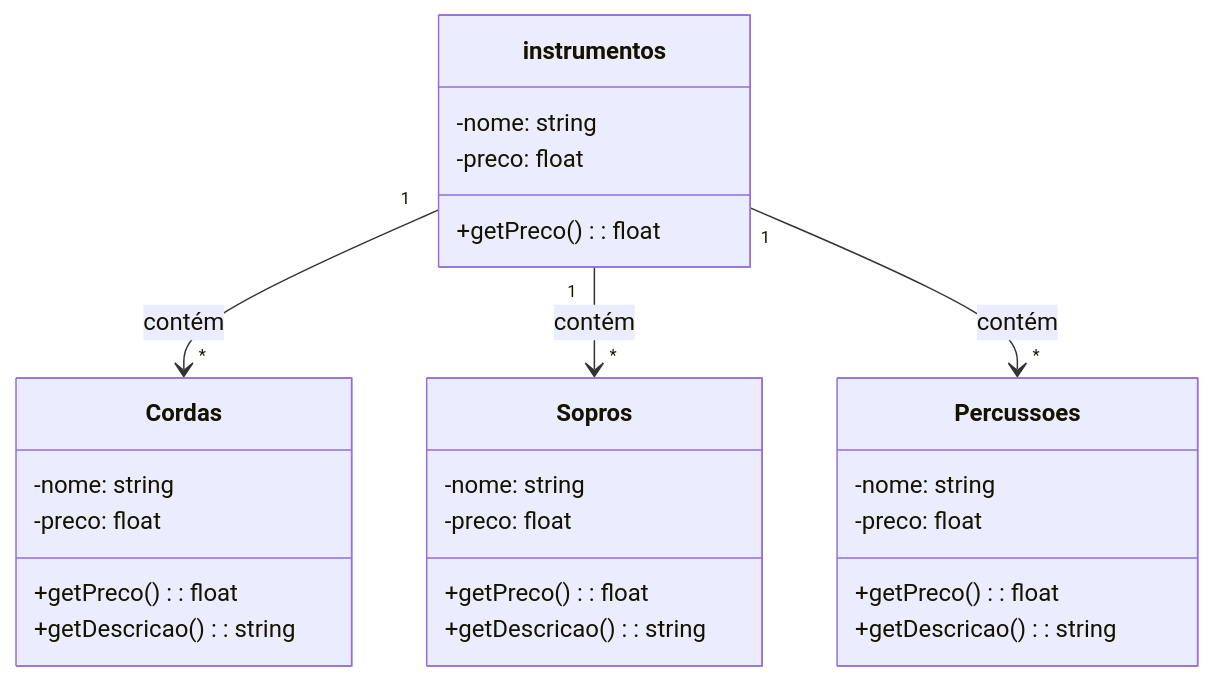
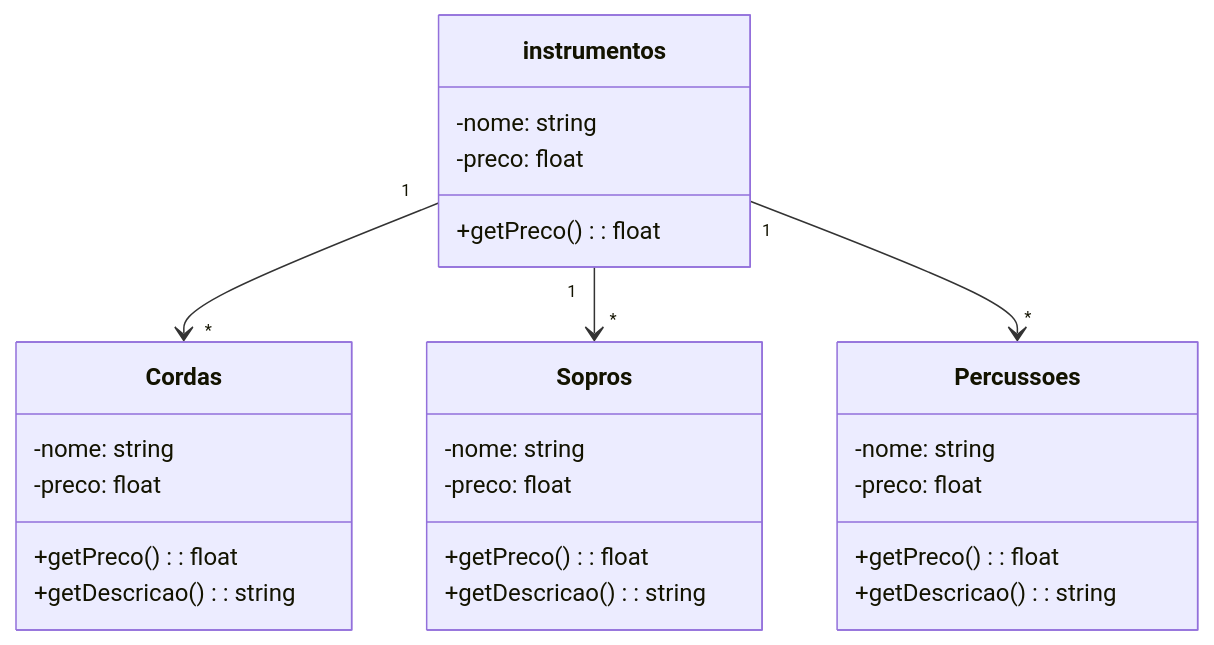
Before and after one commit to LucasGabrielPaes/teste: the diagram in README.md, drawn with Mermaid.

````diff
--- a/README.md
+++ b/README.md
@@ -1,33 +1,33 @@
 ```mermaid
 classDiagram
   class instrumentos {
      -nome: string
     -preco: float
     +getPreco(): float
   }
 
   class Cordas {
    -nome: string
     -preco: float
     +getPreco(): float
     +getDescricao(): string
 }
 
  class Sopros {
    -nome: string
     -preco: float
     +getPreco(): float
     +getDescricao(): string
 }
 
  class Percussoes {
    -nome: string
     -preco: float
     +getPreco(): float
     +getDescricao(): string
 }
 
-instrumentos "1" --> "*" Cordas : contém
-instrumentos "1" --> "*" Sopros : contém
-instrumentos "1" --> "*" Percussoes : contém
+instrumentos "1" --> "*" Cordas : 
+instrumentos "1" --> "*" Sopros : 
+instrumentos "1" --> "*" Percussoes : 
 ```
````
